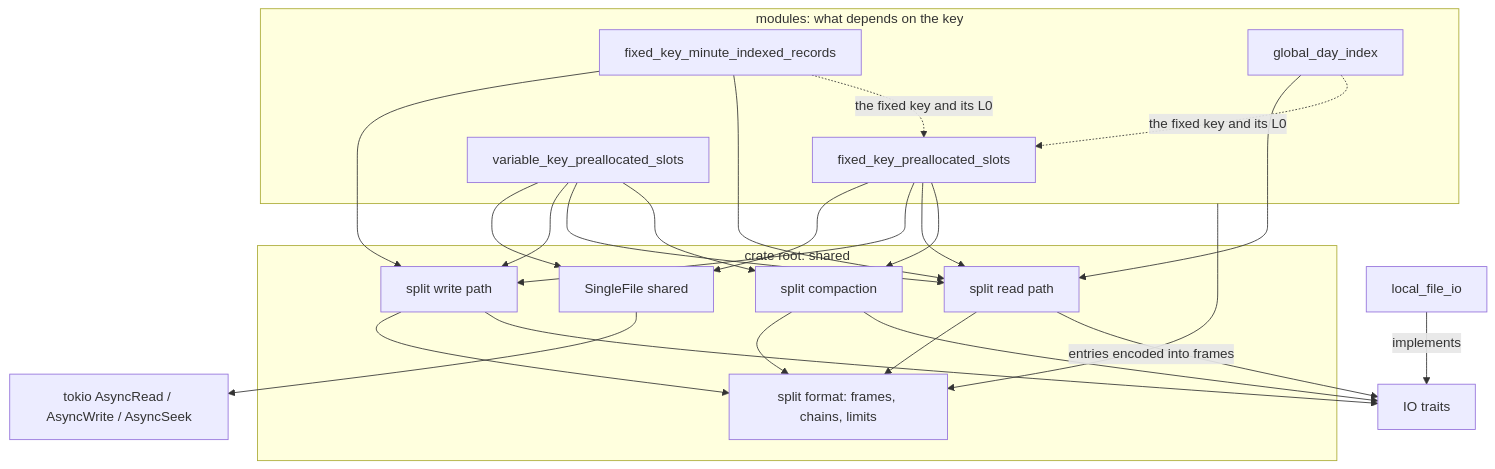
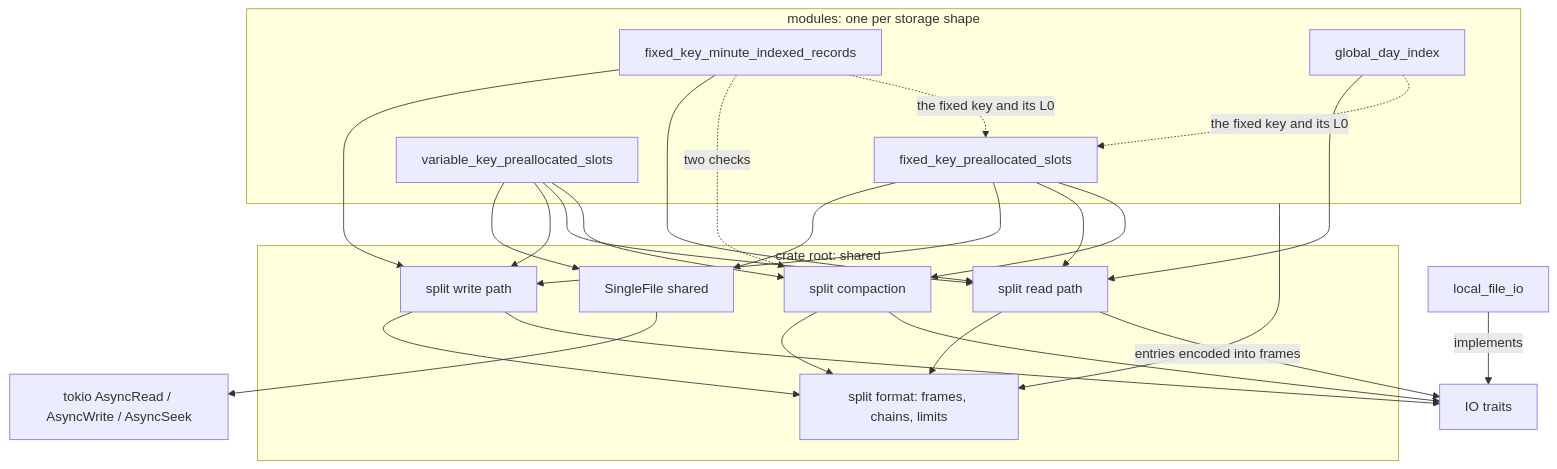
Before and after one commit to my-jet-tools/archived-data: the diagram in docs/internals.md, drawn with Mermaid. The commit also changed other lines of this file and 16 other files, not shown here.

````diff
--- a/docs/internals.md
+++ b/docs/internals.md
@@ -12,42 +12,43 @@
 ```mermaid
 flowchart TD
-    subgraph shapes["modules: what depends on the key"]
+    subgraph shapes["modules: one per storage shape"]
         FK["fixed_key_preallocated_slots"]
         VK["variable_key_preallocated_slots"]
         REC["fixed_key_minute_indexed_records"]
         GDI["global_day_index"]
     end
     subgraph shared["crate root: shared"]
         SF["SingleFile shared"]
         WP["split write path"]
         RP["split read path"]
         CP["split compaction"]
         FMT["split format: frames, chains, limits"]
     end
     IO["IO traits"]
     LF["local_file_io"]
     TIO["tokio AsyncRead / AsyncWrite / AsyncSeek"]
 
     FK --> SF
     FK --> WP
     FK --> RP
     FK --> CP
     VK --> SF
     VK --> WP
     VK --> RP
     VK --> CP
     REC --> WP
     REC --> RP
+    REC -.->|two checks| CP
     GDI --> RP
     REC -.->|the fixed key and its L0| FK
     GDI -.->|the fixed key and its L0| FK
     shapes -->|entries encoded into frames| FMT
     WP --> FMT
     RP --> FMT
     CP --> FMT
     WP --> IO
     RP --> IO
     CP --> IO
     LF -->|implements| IO
     SF --> TIO
 ```
````
